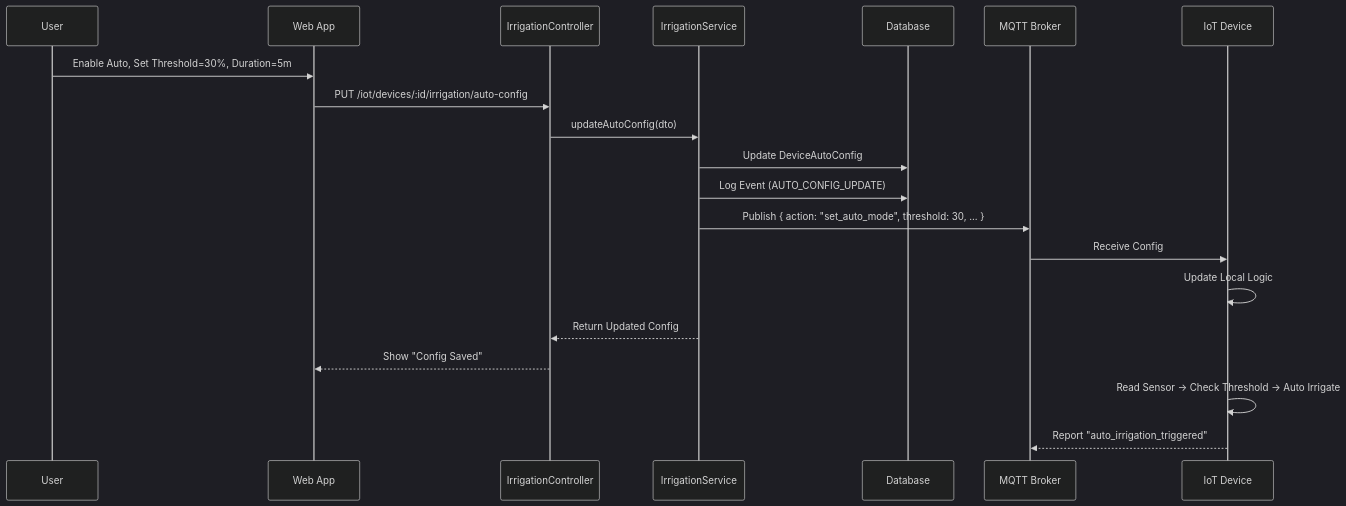
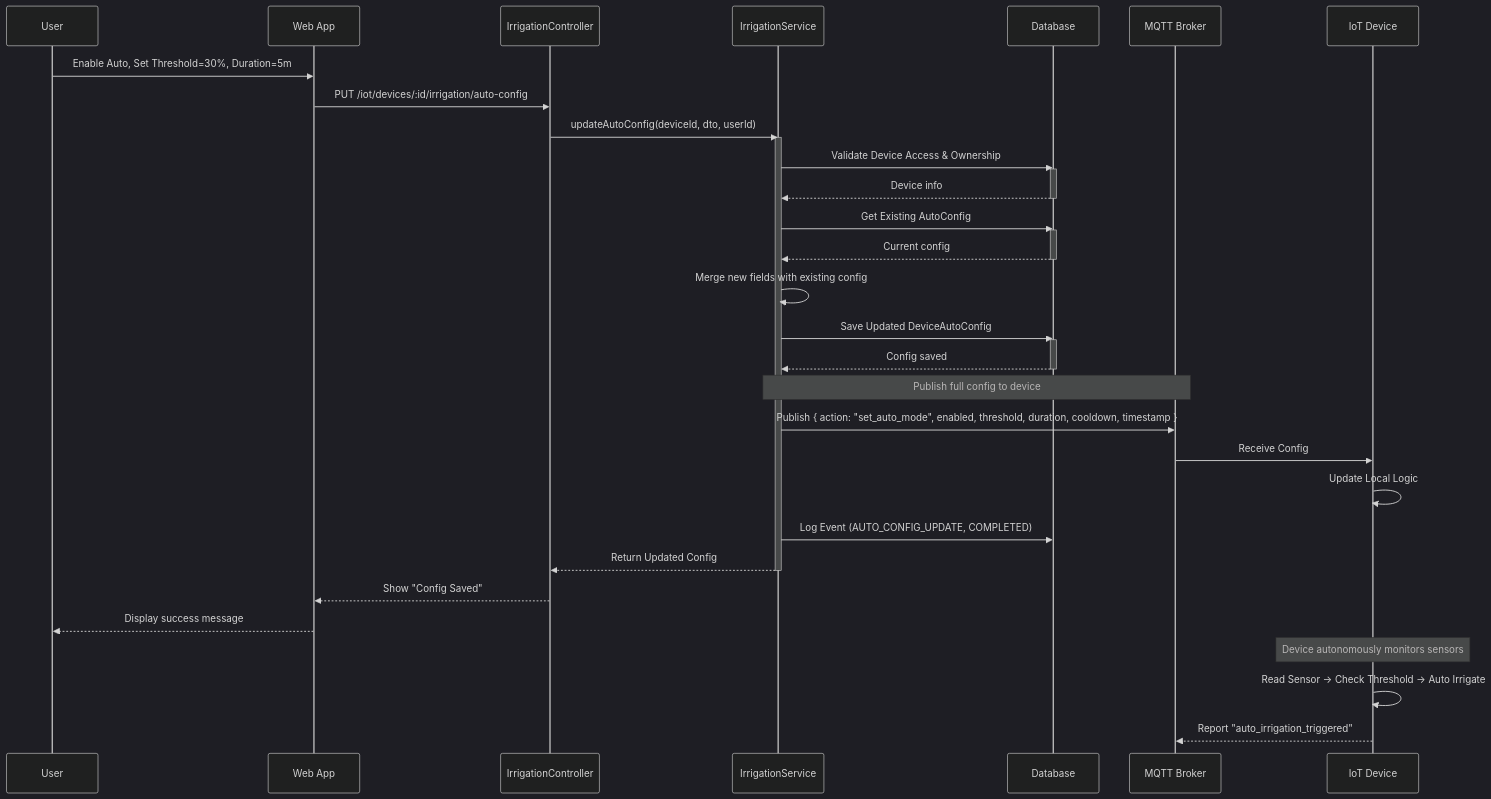
Before and after one commit to duong4444/agribot-dev: the fourth of 4 diagrams in DOC-TTCS/iot_dashboard_docs.md, drawn with Mermaid (dark theme). The commit also changed other lines of this file and 8 other files, not shown here.

````diff
--- a/DOC-TTCS/iot_dashboard_docs.md
+++ b/DOC-TTCS/iot_dashboard_docs.md
@@ -141,27 +145,48 @@
 ```mermaid
 sequenceDiagram
     participant U as User
     participant FE as Web App
     participant CTL as IrrigationController
     participant SVC as IrrigationService
     participant DB as Database
     participant MQ as MQTT Broker
     participant DV as IoT Device
 
     U->>FE: Enable Auto, Set Threshold=30%, Duration=5m
     FE->>CTL: PUT /iot/devices/:id/irrigation/auto-config
-    CTL->>SVC: updateAutoConfig(dto)
+    CTL->>SVC: updateAutoConfig(deviceId, dto, userId)
+    activate SVC
     
-    SVC->>DB: Update DeviceAutoConfig
-    SVC->>DB: Log Event (AUTO_CONFIG_UPDATE)
+    SVC->>DB: Validate Device Access & Ownership
+    activate DB
+    DB-->>SVC: Device info
+    deactivate DB
     
-    SVC->>MQ: Publish { action: "set_auto_mode", threshold: 30, ... }
+    SVC->>DB: Get Existing AutoConfig
+    activate DB
+    DB-->>SVC: Current config
+    deactivate DB
+    
+    SVC->>SVC: Merge new fields with existing config
+    
+    SVC->>DB: Save Updated DeviceAutoConfig
+    activate DB
+    DB-->>SVC: Config saved
+    deactivate DB
+    
+    Note over SVC,MQ: Publish full config to device
+    SVC->>MQ: Publish { action: "set_auto_mode", enabled, threshold, duration, cooldown, timestamp }
     MQ->>DV: Receive Config
     DV->>DV: Update Local Logic
     
+    SVC->>DB: Log Event (AUTO_CONFIG_UPDATE, COMPLETED)
+    
     SVC-->>CTL: Return Updated Config
+    deactivate SVC
     CTL-->>FE: Show "Config Saved"
+    FE-->>U: Display success message
     
+    Note over DV: Device autonomously monitors sensors
     DV->>DV: Read Sensor -> Check Threshold -> Auto Irrigate
     DV-->>MQ: Report "auto_irrigation_triggered"
 ```
````
